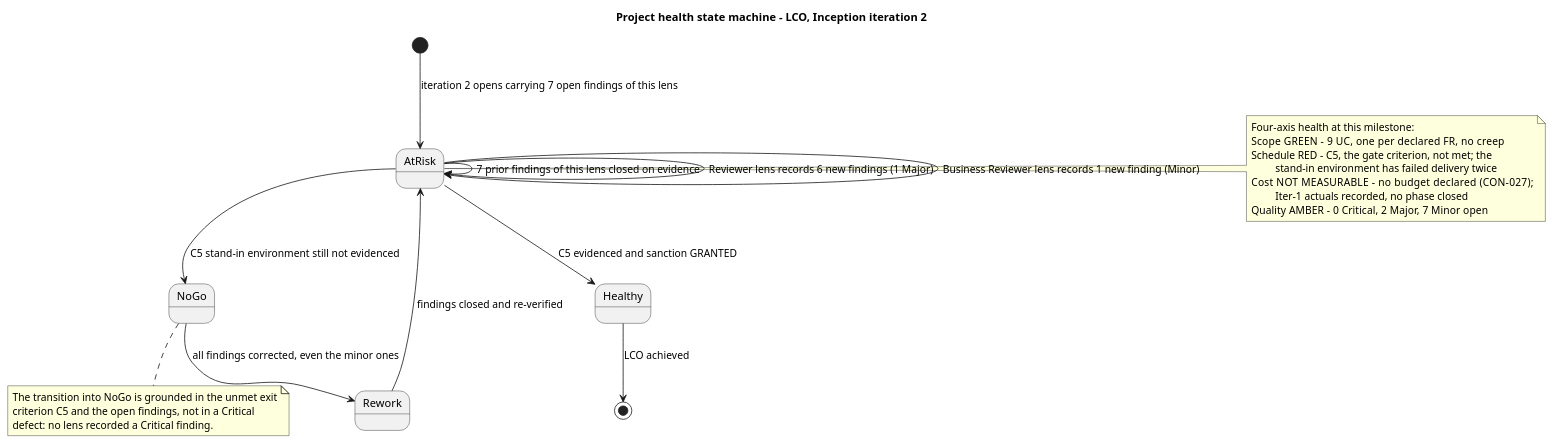
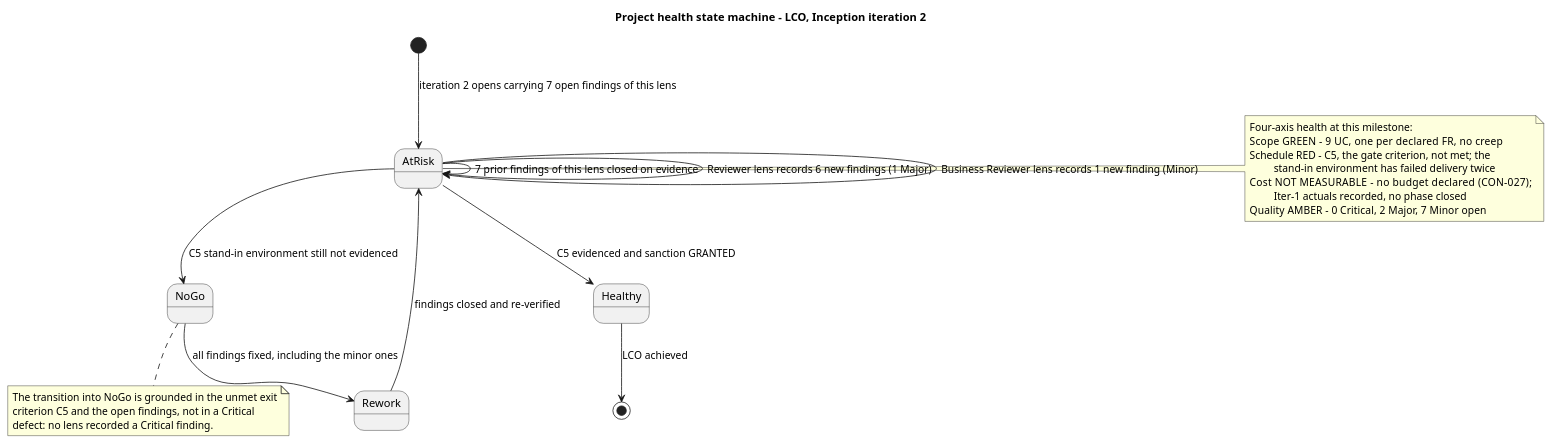
Diagram 29 of 32 in docs/artifacts/project-management/review-record.md (banense-test/portal), drawn with PlantUML before and after one commit. The commit also changed other lines of this file, not shown here.

````diff
--- a/docs/artifacts/project-management/review-record.md
+++ b/docs/artifacts/project-management/review-record.md
@@ -2603,32 +2603,32 @@
 ```plantuml
 @startuml MR2_ProjectHealth
 title Project health state machine - LCO, Inception iteration 2
 skinparam classAttributeIconSize 0
 
 [*] --> AtRisk : iteration 2 opens carrying 7 open findings of this lens
 AtRisk --> AtRisk : 7 prior findings of this lens closed on evidence
 AtRisk --> AtRisk : Reviewer lens records 6 new findings (1 Major)
 AtRisk --> AtRisk : Business Reviewer lens records 1 new finding (Minor)
 AtRisk --> NoGo : C5 stand-in environment still not evidenced
-NoGo --> Rework : all findings corrected, even the minor ones
+NoGo --> Rework : all findings fixed, including the minor ones
 Rework --> AtRisk : findings closed and re-verified
 AtRisk --> Healthy : C5 evidenced and sanction GRANTED
 Healthy --> [*] : LCO achieved
 
 note right of AtRisk
   Four-axis health at this milestone:
   Scope    GREEN - 9 UC, one per declared FR, no creep
   Schedule RED - C5, the gate criterion, not met; the
            stand-in environment has failed delivery twice
   Cost     NOT MEASURABLE - no budget declared (CON-027);
            Iter-1 actuals recorded, no phase closed
   Quality  AMBER - 0 Critical, 2 Major, 7 Minor open
 end note
 
 note bottom of NoGo
   The transition into NoGo is grounded in the unmet exit
   criterion C5 and the open findings, not in a Critical
   defect: no lens recorded a Critical finding.
 end note
 @enduml
 ```
````
